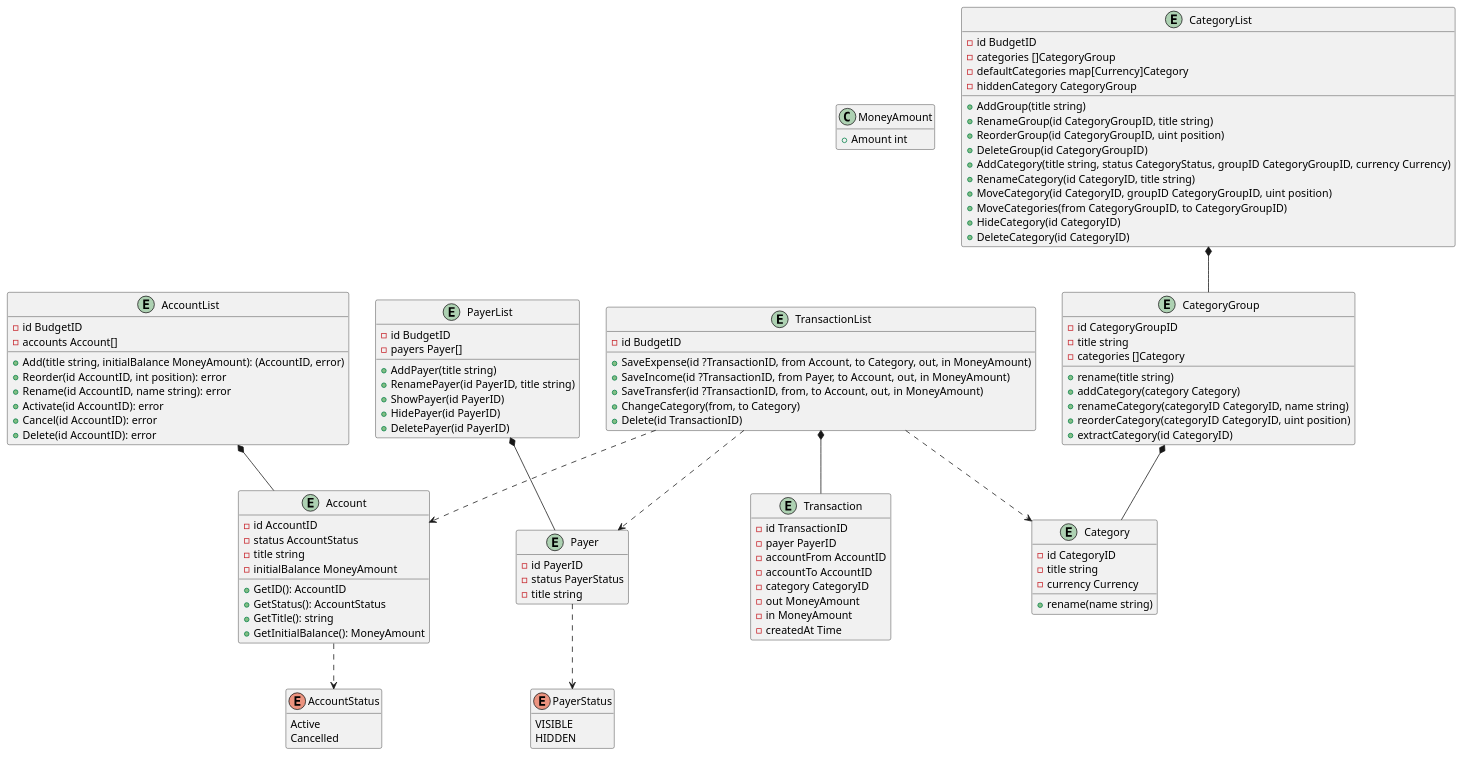
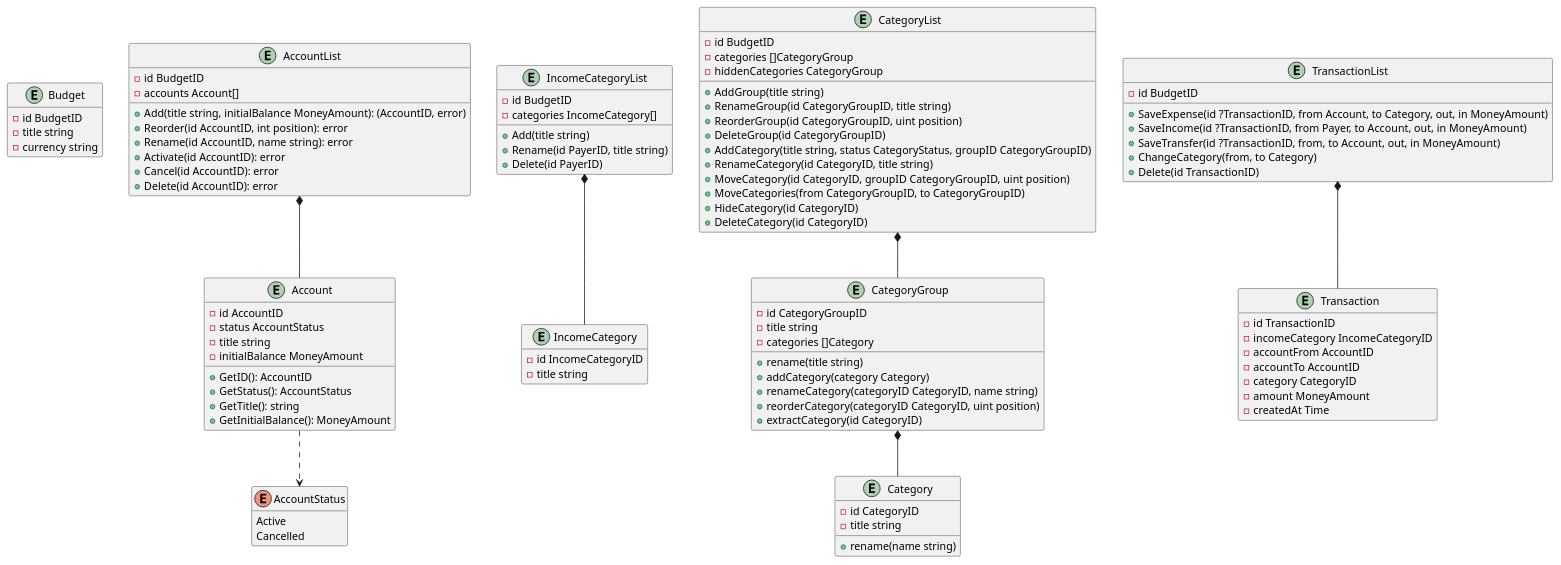
One commit to klwxsrx/budget-tracker changed the diagram in docs/domain.plantuml. Above: the diagram before and after it, drawn with PlantUML. The commit also changed 10 other files, not shown here.

```diff
--- a/docs/domain.plantuml
+++ b/docs/domain.plantuml
@@ -1,136 +1,122 @@
 @startuml
 hide empty fields
 hide empty methods
 
-class MoneyAmount {
- +Amount int
+entity Budget {
+ -id BudgetID
+ -title string
+ -currency string
 }
+
+
 
 enum AccountStatus {
  Active
  Cancelled
 }
 
 entity Account {
  -id AccountID
  -status AccountStatus
  -title string
  -initialBalance MoneyAmount
  +GetID(): AccountID
  +GetStatus(): AccountStatus
  +GetTitle(): string
  +GetInitialBalance(): MoneyAmount
 }
 
 Account ..> AccountStatus
 
 entity AccountList {
  -id BudgetID
  -accounts Account[]
  +Add(title string, initialBalance MoneyAmount): (AccountID, error)
  +Reorder(id AccountID, int position): error
  +Rename(id AccountID, name string): error
  +Activate(id AccountID): error
  +Cancel(id AccountID): error
  +Delete(id AccountID): error
 }
 
 AccountList *-- Account
 
 
-
 ' TODO: implement model below
-enum PayerStatus {
- VISIBLE
- HIDDEN
-}
-
-entity Payer {
- -id PayerID
- -status PayerStatus
+entity IncomeCategory {
+ -id IncomeCategoryID
  -title string
 }
 
-Payer ..> PayerStatus
-
-entity PayerList {
+entity IncomeCategoryList {
  -id BudgetID
- -payers Payer[]
- +AddPayer(title string)
- +RenamePayer(id PayerID, title string)
- +ShowPayer(id PayerID)
- +HidePayer(id PayerID)
- +DeletePayer(id PayerID)
+ -categories IncomeCategory[]
+ +Add(title string)
+ +Rename(id PayerID, title string)
+ +Delete(id PayerID)
 }
 
-PayerList *-- Payer
-
+IncomeCategoryList *-- IncomeCategory
 
 
 entity Category {
  -id CategoryID
  -title string
- -currency Currency
  +rename(name string)
 }
 
 entity CategoryGroup {
  -id CategoryGroupID
  -title string
  -categories []Category
  +rename(title string)
  +addCategory(category Category)
  +renameCategory(categoryID CategoryID, name string)
  +reorderCategory(categoryID CategoryID, uint position)
  +extractCategory(id CategoryID)
 }
 
 CategoryGroup *-- Category
 
 entity CategoryList {
  -id BudgetID
  -categories []CategoryGroup
- -defaultCategories map[Currency]Category
- -hiddenCategory CategoryGroup
+ -hiddenCategories CategoryGroup
  +AddGroup(title string)
  +RenameGroup(id CategoryGroupID, title string)
  +ReorderGroup(id CategoryGroupID, uint position)
  +DeleteGroup(id CategoryGroupID)
- +AddCategory(title string, status CategoryStatus, groupID CategoryGroupID, currency Currency)
+ +AddCategory(title string, status CategoryStatus, groupID CategoryGroupID)
  +RenameCategory(id CategoryID, title string)
  +MoveCategory(id CategoryID, groupID CategoryGroupID, uint position)
  +MoveCategories(from CategoryGroupID, to CategoryGroupID)
  +HideCategory(id CategoryID)
  +DeleteCategory(id CategoryID)
 }
 
 CategoryList *-- CategoryGroup
 
 
 
 entity Transaction {
  -id TransactionID
- -payer PayerID
+ -incomeCategory IncomeCategoryID
  -accountFrom AccountID
  -accountTo AccountID
  -category CategoryID
- -out MoneyAmount
- -in MoneyAmount
+ -amount MoneyAmount
  -createdAt Time
 }
 
 entity TransactionList {
  -id BudgetID
  +SaveExpense(id ?TransactionID, from Account, to Category, out, in MoneyAmount)
  +SaveIncome(id ?TransactionID, from Payer, to Account, out, in MoneyAmount)
  +SaveTransfer(id ?TransactionID, from, to Account, out, in MoneyAmount)
  +ChangeCategory(from, to Category)
  +Delete(id TransactionID)
 }
 
 TransactionList *-- Transaction
-TransactionList ..> Payer
-TransactionList ..> Account
-TransactionList ..> Category
 
 @enduml
```
